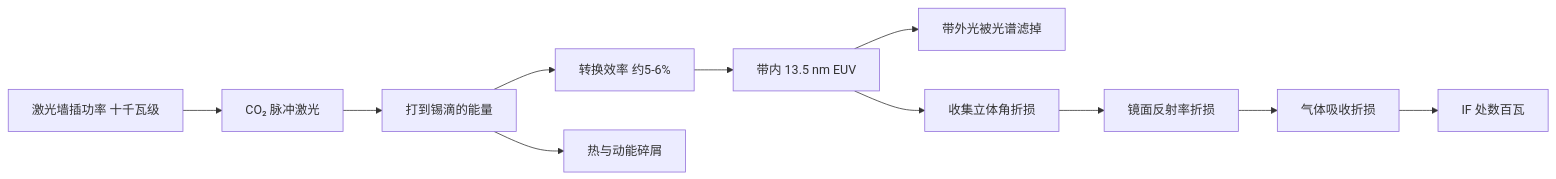
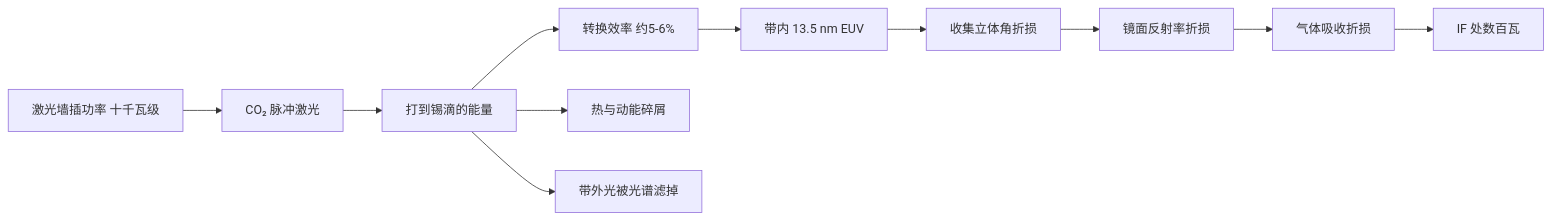
Before and after one commit to xhongduo-tech/xhongduo-tech.github.io: the first of 2 diagrams in docs/litho/euv-lpp-tin.md, drawn with Mermaid. The commit also changed 2 other files, not shown here.

Commit message:
Content review litho-212: out-of-band light branches from the plasma emission rather than the in-band photons, and the single-mirror peak reflectance record reads about seventy percent in both lessons.

````diff
--- a/docs/litho/euv-lpp-tin.md
+++ b/docs/litho/euv-lpp-tin.md
@@ -48,13 +48,13 @@
 ```mermaid
 flowchart LR
   W["激光墙插功率 十千瓦级"] --> L["CO₂ 脉冲激光"]
   L --> T["打到锡滴的能量"]
   T --> CE["转换效率 约5-6%"]
   CE --> E["带内 13.5 nm EUV"]
   T --> LOSS["热与动能碎屑"]
-  E --> OOF["带外光被光谱滤掉"]
+  T --> OOF["带外光被光谱滤掉"]
   E --> C["收集立体角折损"]
   C --> R["镜面反射率折损"]
   R --> G["气体吸收折损"]
   G --> IF["IF 处数百瓦"]
 ```
````
